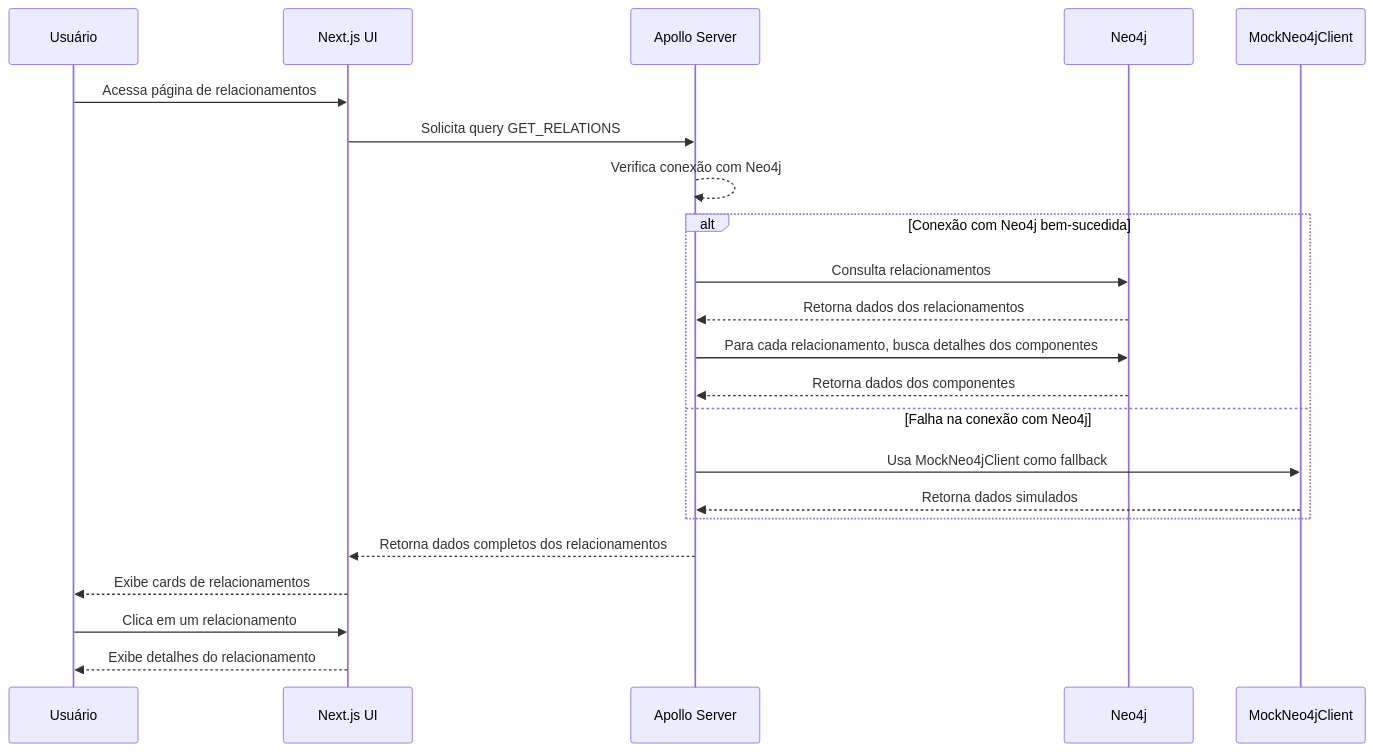
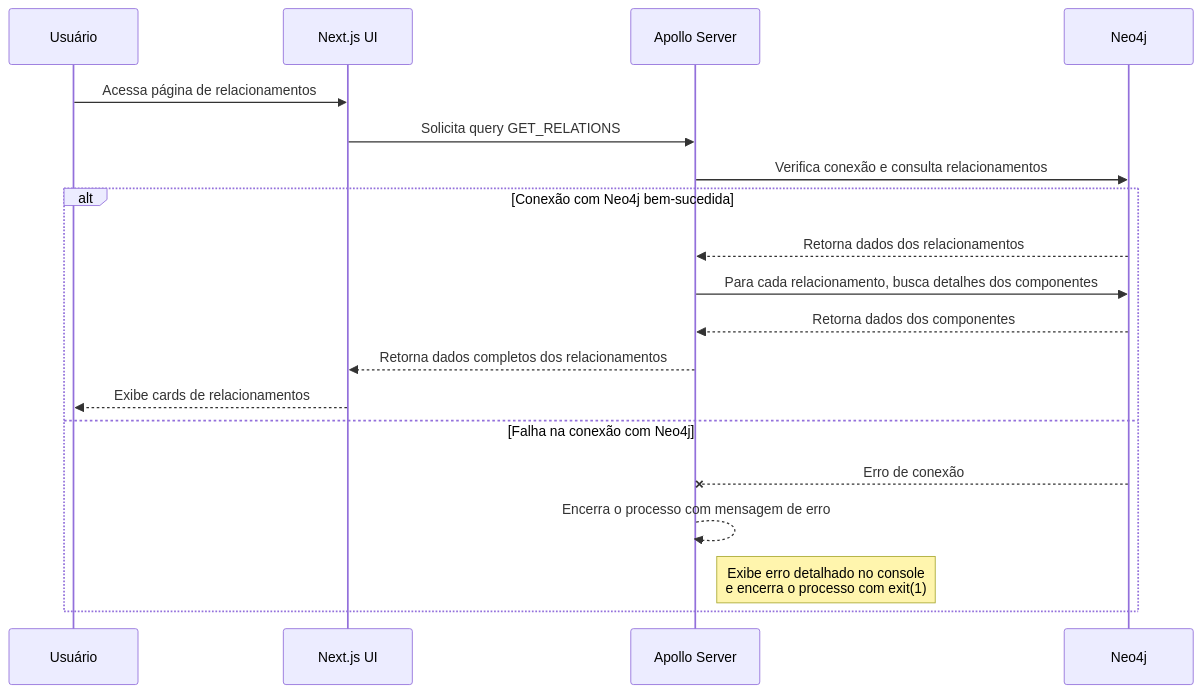
The diagram in docs/fluxo_consulta_relacionamento.md (alecatuae/beaver), drawn with Mermaid before and after one commit. The commit also changed other lines of this file and 5 other files, not shown here.

````diff
--- a/docs/fluxo_consulta_relacionamento.md
+++ b/docs/fluxo_consulta_relacionamento.md
@@ -14,28 +13,22 @@
 ```mermaid
 sequenceDiagram
     participant User as Usuário
     participant UI as Next.js UI
     participant API as Apollo Server
     participant Neo4j
-    participant Mock as MockNeo4jClient
     
     User->>UI: Acessa página de relacionamentos
     UI->>API: Solicita query GET_RELATIONS
-    API-->>API: Verifica conexão com Neo4j
-    
+    API->>Neo4j: Verifica conexão e consulta relacionamentos
     alt Conexão com Neo4j bem-sucedida
-        API->>Neo4j: Consulta relacionamentos
         Neo4j-->>API: Retorna dados dos relacionamentos
         API->>Neo4j: Para cada relacionamento, busca detalhes dos componentes
         Neo4j-->>API: Retorna dados dos componentes
+        API-->>UI: Retorna dados completos dos relacionamentos
+        UI-->>User: Exibe cards de relacionamentos
     else Falha na conexão com Neo4j
-        API->>Mock: Usa MockNeo4jClient como fallback
-        Mock-->>API: Retorna dados simulados
+        Neo4j--xAPI: Erro de conexão
+        API-->>API: Encerra o processo com mensagem de erro
+        Note right of API: Exibe erro detalhado no console<br/>e encerra o processo com exit(1)
     end
-    
-    API-->>UI: Retorna dados completos dos relacionamentos
-    UI-->>User: Exibe cards de relacionamentos
-    
-    User->>UI: Clica em um relacionamento
-    UI-->>User: Exibe detalhes do relacionamento
 ```
````
